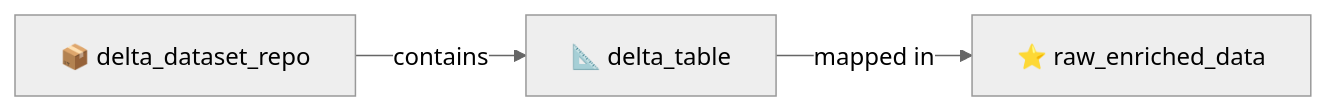
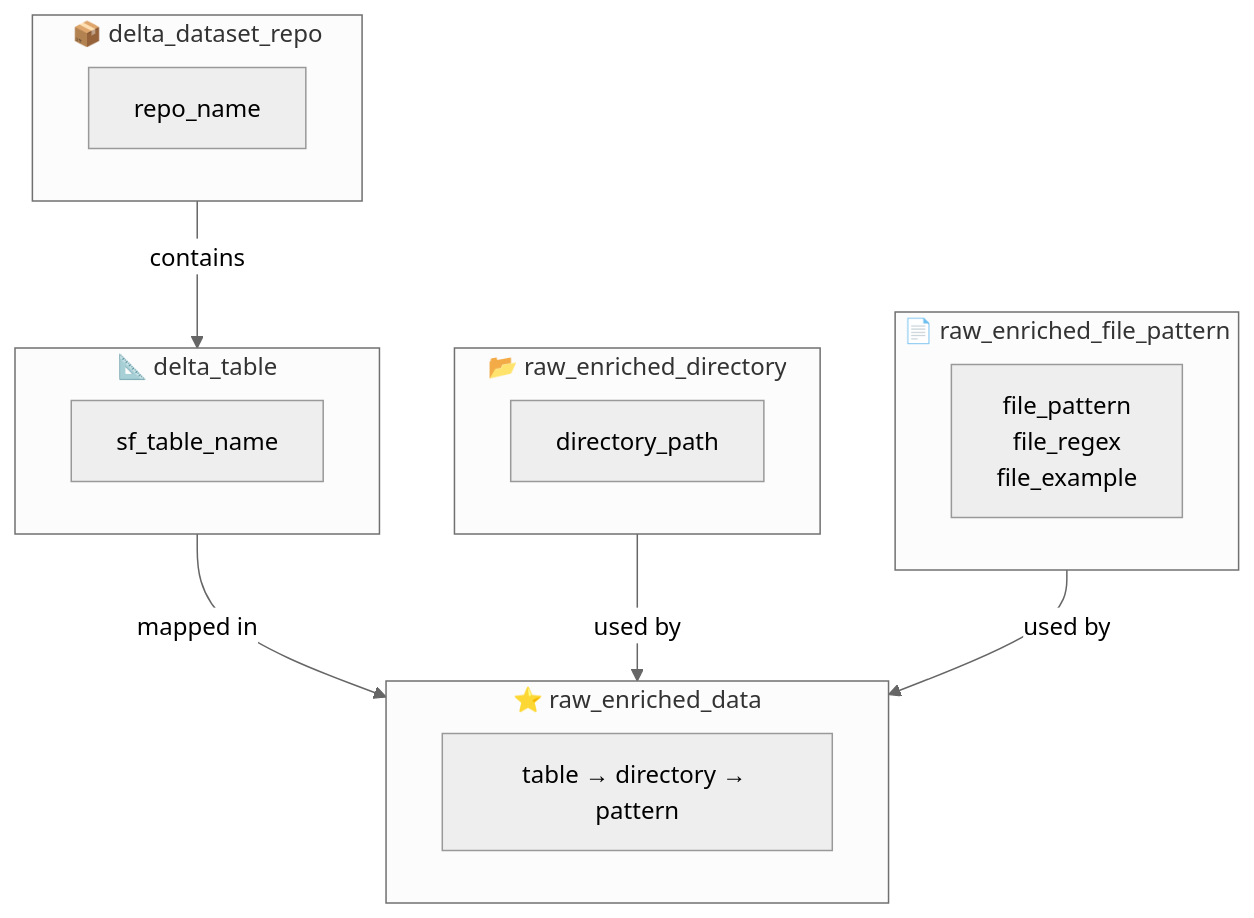
Before and after one commit to ThanuMahee12/AgentContext: diagram 11 of 16 in docs/brainstorms/investigation-db.md, drawn with Mermaid (neutral theme). The commit also changed other lines of this file, not shown here.

Commit message:
docs: simplify table details to brainstorm diagrams

````diff
--- a/docs/brainstorms/investigation-db.md
+++ b/docs/brainstorms/investigation-db.md
@@ -467,5 +270,27 @@
 ```mermaid
-flowchart LR
-    R["📦 delta_dataset_repo"] -->|contains| T["📐 delta_table"]
-    T -->|mapped in| D["⭐ raw_enriched_data"]
+flowchart TB
+    subgraph delta_dataset_repo["📦 delta_dataset_repo"]
+        DR["repo_name"]
+    end
+    delta_dataset_repo -->|contains| delta_table
+
+    subgraph delta_table["📐 delta_table"]
+        DT["sf_table_name"]
+    end
+    delta_table -->|mapped in| raw_enriched_data
+
+    subgraph raw_enriched_directory["📂 raw_enriched_directory"]
+        RED["directory_path"]
+    end
+
+    subgraph raw_enriched_file_pattern["📄 raw_enriched_file_pattern"]
+        REP["file_pattern\nfile_regex\nfile_example"]
+    end
+
+    raw_enriched_directory -->|used by| raw_enriched_data
+    raw_enriched_file_pattern -->|used by| raw_enriched_data
+
+    subgraph raw_enriched_data["⭐ raw_enriched_data"]
+        RD["table → directory → pattern"]
+    end
 ```
````
